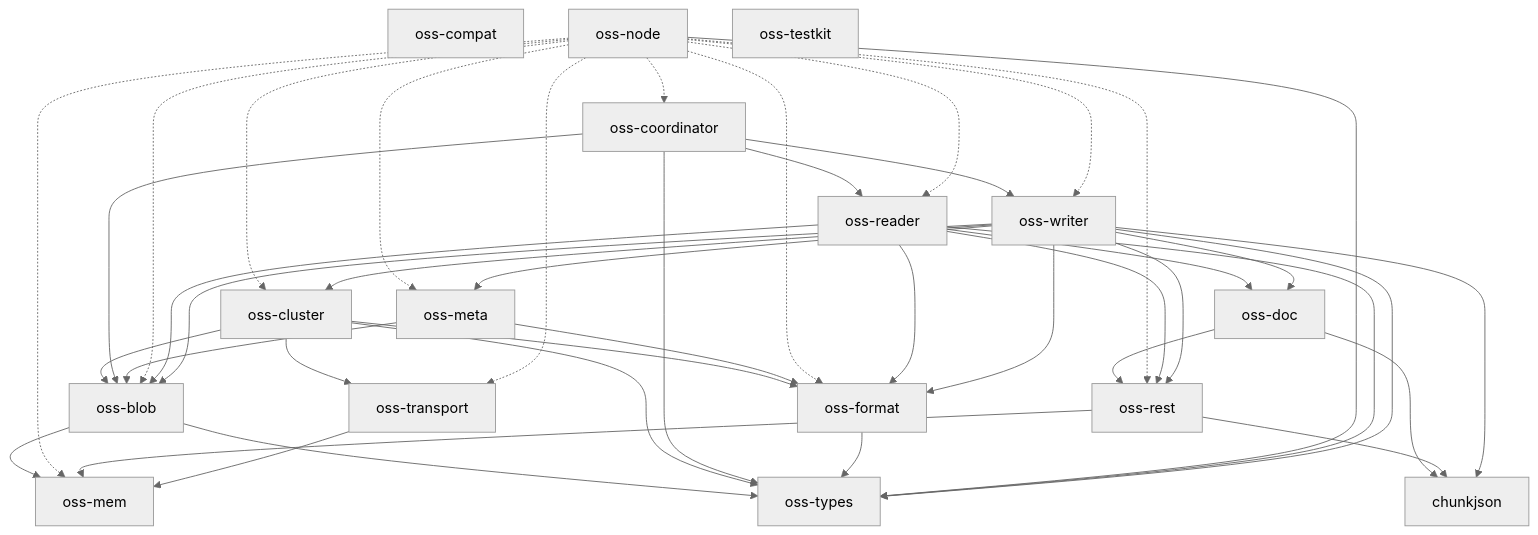
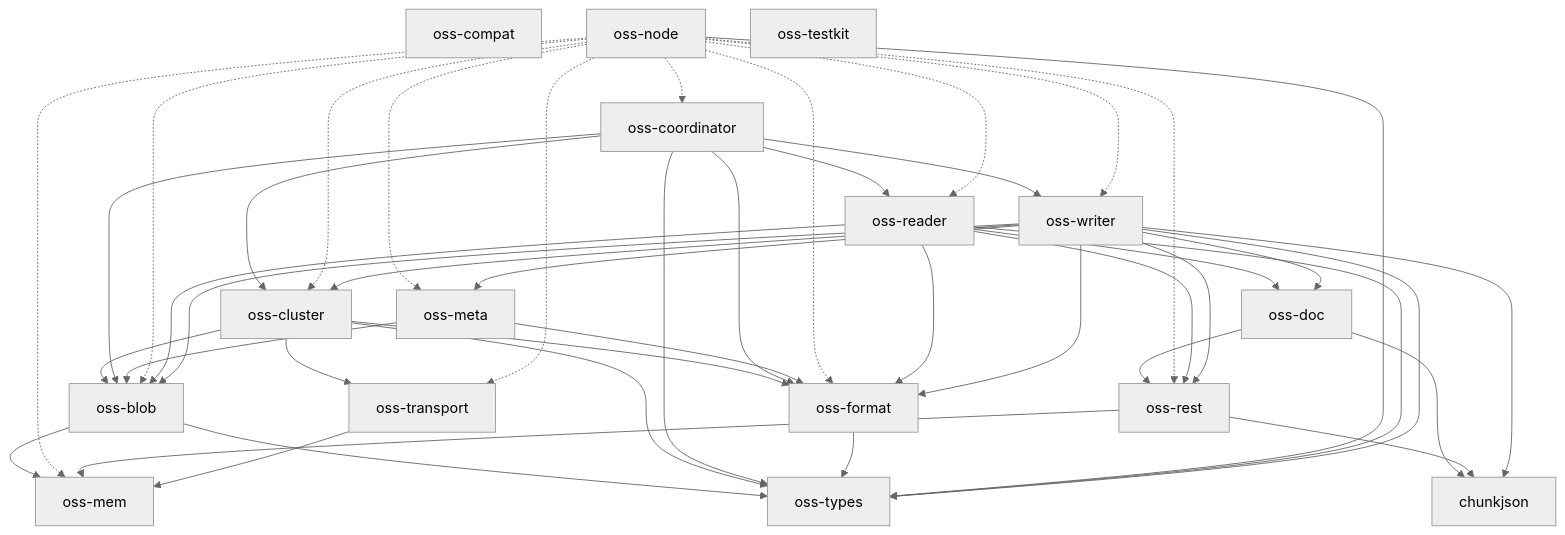
The diagram in docs/architecture.md (huyz0/opensearch-serverless), drawn with Mermaid (neutral theme) before and after one commit. The commit also changed 9 other files, not shown here.

````diff
--- a/docs/architecture.md
+++ b/docs/architecture.md
@@ -10,50 +10,52 @@
 ```mermaid
 graph TD
     chunkjson
     oss-blob --> oss-mem
     oss-blob --> oss-types
     oss-cluster --> oss-blob
     oss-cluster --> oss-format
     oss-cluster --> oss-transport
     oss-cluster --> oss-types
     oss-compat
     oss-coordinator --> oss-blob
+    oss-coordinator --> oss-cluster
+    oss-coordinator --> oss-format
     oss-coordinator --> oss-reader
     oss-coordinator --> oss-types
     oss-coordinator --> oss-writer
     oss-doc --> chunkjson
     oss-doc --> oss-rest
     oss-format --> oss-types
     oss-mem
     oss-meta --> oss-blob
     oss-meta --> oss-format
     oss-node -.-> oss-blob
     oss-node -.-> oss-cluster
     oss-node -.-> oss-coordinator
     oss-node -.-> oss-format
     oss-node -.-> oss-mem
     oss-node -.-> oss-meta
     oss-node -.-> oss-reader
     oss-node -.-> oss-rest
     oss-node -.-> oss-transport
     oss-node --> oss-types
     oss-node -.-> oss-writer
     oss-reader --> oss-blob
     oss-reader --> oss-doc
     oss-reader --> oss-format
     oss-reader --> oss-rest
     oss-reader --> oss-types
     oss-rest --> chunkjson
     oss-rest --> oss-mem
     oss-testkit
     oss-transport --> oss-mem
     oss-types
     oss-writer --> chunkjson
     oss-writer --> oss-blob
     oss-writer --> oss-cluster
     oss-writer --> oss-doc
     oss-writer --> oss-format
     oss-writer --> oss-meta
     oss-writer --> oss-rest
     oss-writer --> oss-types
 ```
````
